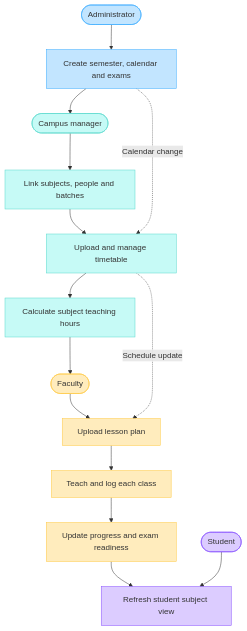
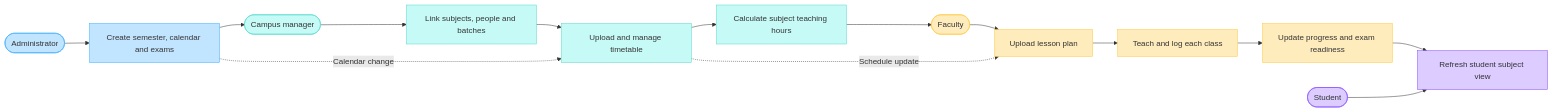
One commit to msot14474-sudo/mirai-tracker changed the first of 3 diagrams in docs/role-workflows.md. Above: the diagram before and after it, drawn with Mermaid. The commit also changed 4 other files, not shown here.

````diff
--- a/docs/role-workflows.md
+++ b/docs/role-workflows.md
@@ -7,26 +7,26 @@
 ```mermaid
-flowchart TD
+flowchart LR
     admin([Administrator]) --> semester[Create semester, calendar and exams]
     semester --> manager([Campus manager])
     manager --> setup[Link subjects, people and batches]
     setup --> timetable[Upload and manage timetable]
     timetable --> hours[Calculate subject teaching hours]
     hours --> faculty([Faculty])
     faculty --> plan[Upload lesson plan]
     plan --> delivery[Teach and log each class]
     delivery --> analytics[Update progress and exam readiness]
     analytics --> studentView[Refresh student subject view]
     student([Student]) --> studentView
 
     semester -.->|"Calendar change"| timetable
     timetable -.->|"Schedule update"| plan
 
     classDef adminRole fill:#C2E5FF,stroke:#3DADFF
     classDef managerRole fill:#C6FAF6,stroke:#5AD8CC
     classDef facultyRole fill:#FFECBD,stroke:#FFC943
     classDef studentRole fill:#DCCCFF,stroke:#874FFF
     class admin,semester adminRole
     class manager,setup,timetable,hours managerRole
     class faculty,plan,delivery,analytics facultyRole
     class student,studentView studentRole
 ```
````
